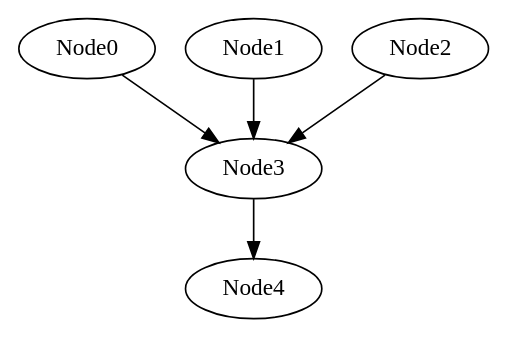
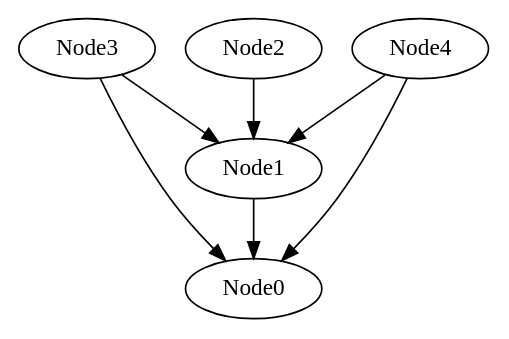
Before and after one commit to zephyr06/DAG_NLP: the diagram in currGraph.gv, drawn with Graphviz. The commit also changed 7 other files, not shown here.

```diff
--- a/currGraph.gv
+++ b/currGraph.gv
@@ -1,16 +1,20 @@
 // The Round Table
 digraph {
 	Node0
 	Node1
 	Node2
 	Node3
 	Node4
-	Node0 -> Node3
+	Node2 -> Node1
 
-	Node1 -> Node3
+	Node4 -> Node0
 
-	Node2 -> Node3
+	Node4 -> Node1
 
-	Node3 -> Node4
+	Node3 -> Node0
+
+	Node3 -> Node1
+
+	Node1 -> Node0
 
 }
```
